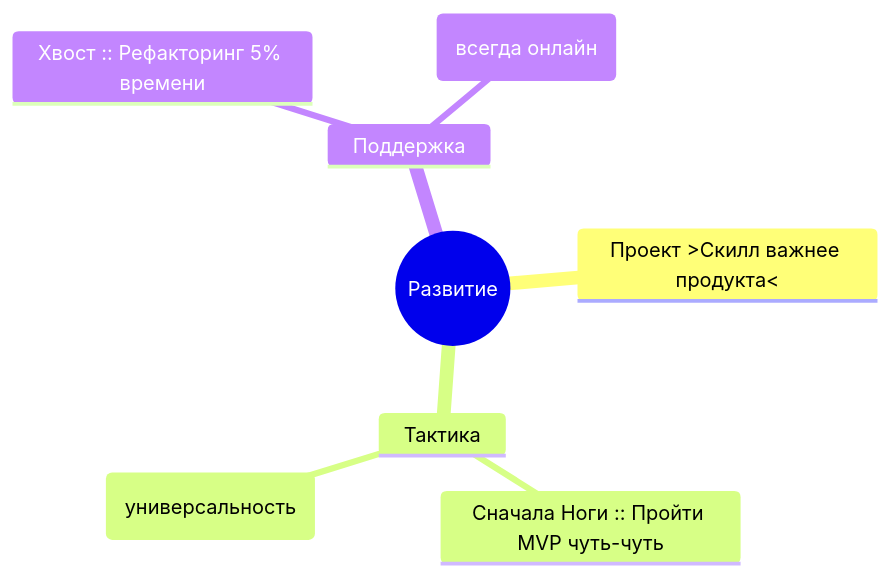
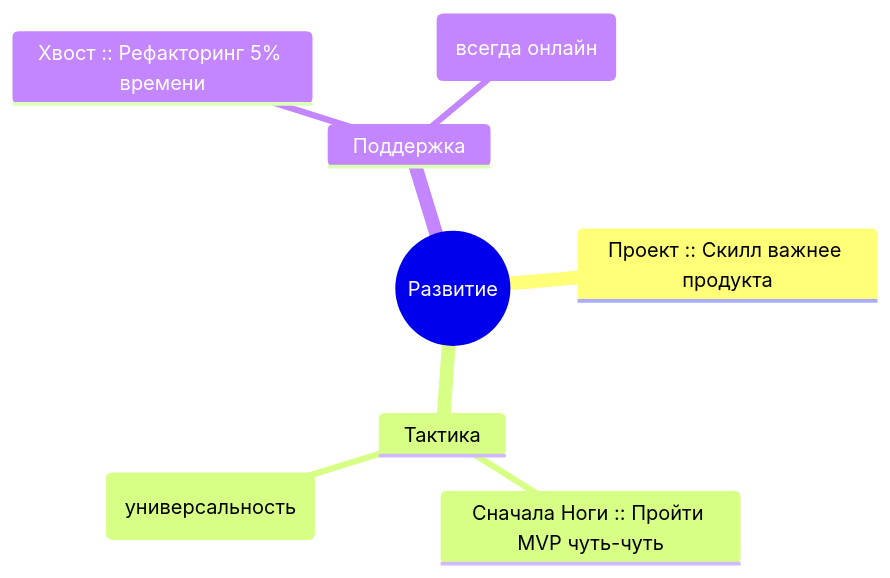
Before and after one commit to MaksimZinovev/md-viewer: the fourth of 4 diagrams in docs/retro/retro_01__2026-06.md, drawn with Mermaid. The commit also changed 7 other files, not shown here.

````diff
--- a/docs/retro/retro_01__2026-06.md
+++ b/docs/retro/retro_01__2026-06.md
@@ -86,11 +86,11 @@
 ```mermaid
 mindmap
   root((Развитие))
-    Проект >Скилл важнее продукта<
+    Проект :: Скилл важнее продукта
     Тактика
       Сначала Ноги :: Пройти MVP чуть-чуть
       Потом Крылья :: Учиться летать (универсальность)
     Поддержка
       Хвост :: Рефакторинг 5% времени
       Инфра :: VS Code Server (всегда онлайн)
 ```
````
